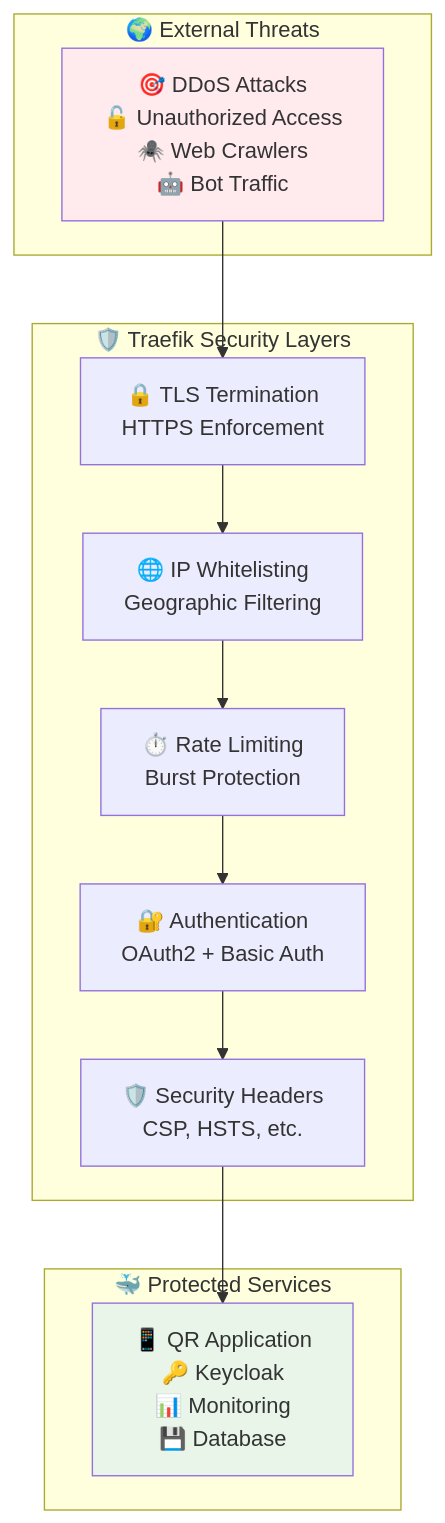
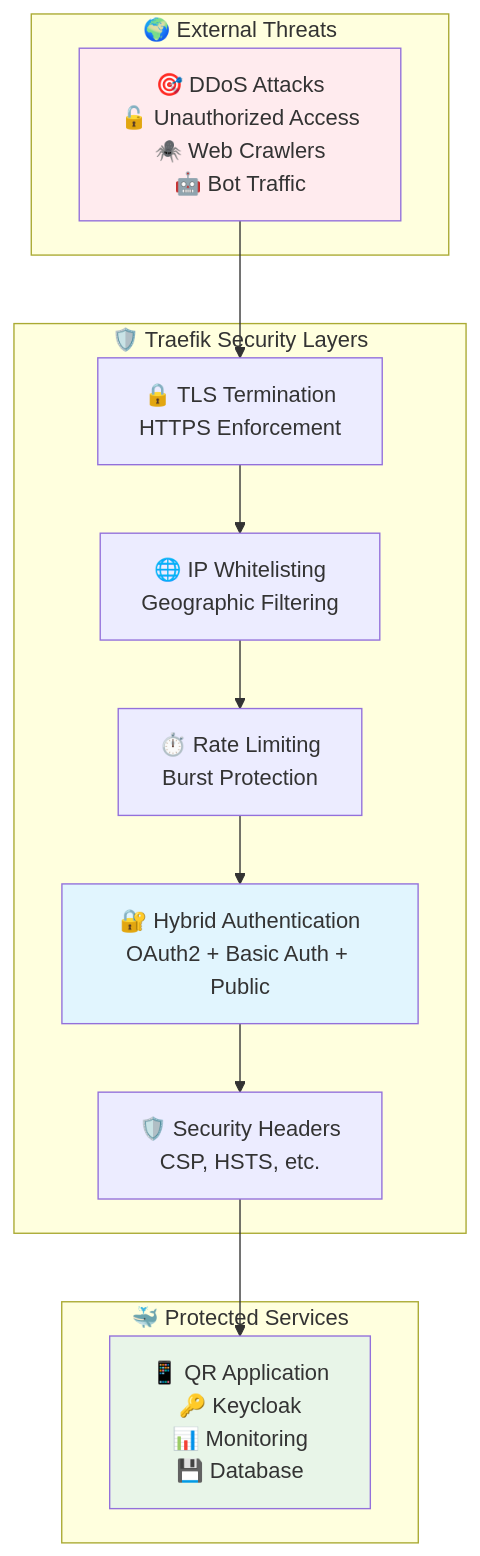
Before and after one commit to gsinghjay/mvp_qr_gen: the seventh of 18 diagrams in NETWORK_INFRASTRUCTURE.md, drawn with Mermaid. The commit also changed other lines of this file, not shown here.

Commit message:
docs(network): update infrastructure guide for hybrid auth model on web.hccc.edu

````diff
--- a/NETWORK_INFRASTRUCTURE.md
+++ b/NETWORK_INFRASTRUCTURE.md
@@ -237,28 +251,29 @@
 ```mermaid
 graph TD
     subgraph "🌍 External Threats"
         ATTACKS[🎯 DDoS Attacks<br/>🔓 Unauthorized Access<br/>🕷️ Web Crawlers<br/>🤖 Bot Traffic]
     end
     
     subgraph "🛡️ Traefik Security Layers"
         TLS[🔒 TLS Termination<br/>HTTPS Enforcement]
         IP[🌐 IP Whitelisting<br/>Geographic Filtering]
         RATE[⏱️ Rate Limiting<br/>Burst Protection]
-        AUTH[🔐 Authentication<br/>OAuth2 + Basic Auth]
+        AUTH[🔐 Hybrid Authentication<br/>OAuth2 + Basic Auth + Public]
         HEADERS[🛡️ Security Headers<br/>CSP, HSTS, etc.]
     end
     
     subgraph "🐳 Protected Services"
         SERVICES[📱 QR Application<br/>🔑 Keycloak<br/>📊 Monitoring<br/>💾 Database]
     end
     
     ATTACKS --> TLS
     TLS --> IP
     IP --> RATE
     RATE --> AUTH
     AUTH --> HEADERS
     HEADERS --> SERVICES
     
     style ATTACKS fill:#ffebee
+    style AUTH fill:#e1f5fe
     style SERVICES fill:#e8f5e8
 ```
````
